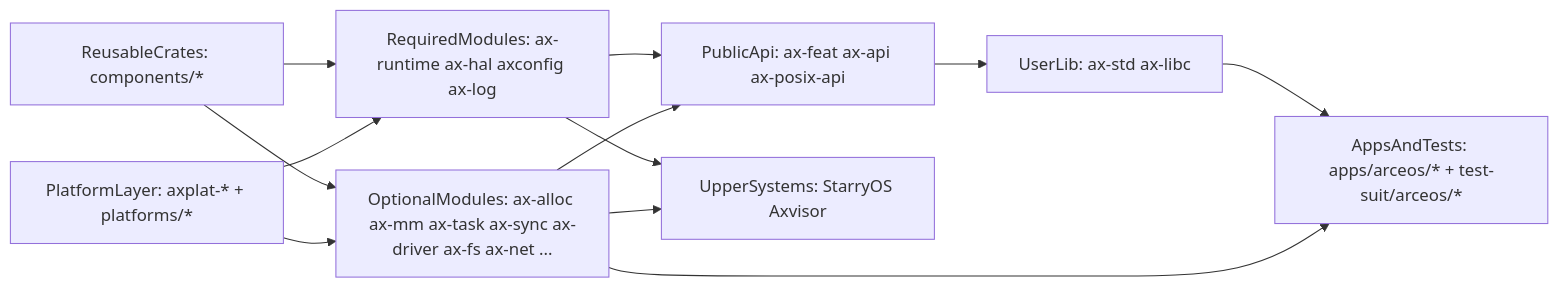
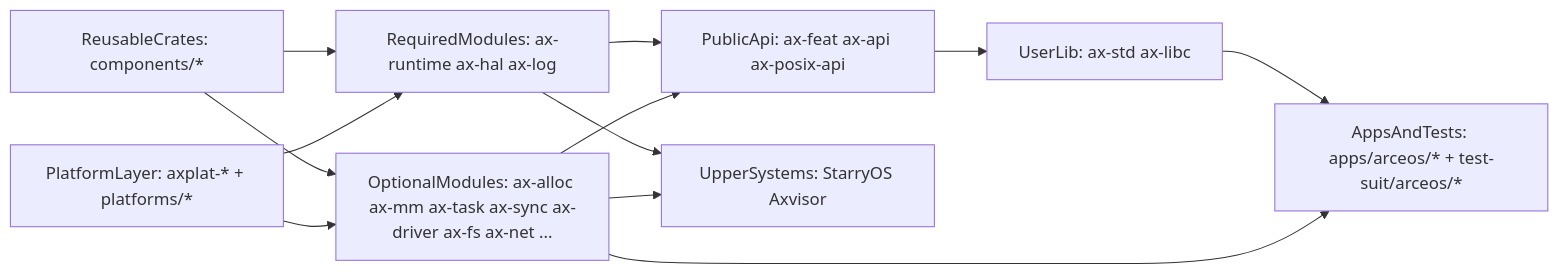
One commit to rcore-os/tgoskits changed the first of 5 diagrams in docs/docs/architecture/arceos.md. Above: the diagram before and after it, drawn with Mermaid. The commit also changed other lines of this file and 204 other files, not shown here.

````diff
--- a/docs/docs/architecture/arceos.md
+++ b/docs/docs/architecture/arceos.md
@@ -28,23 +28,23 @@
 ```mermaid
 flowchart LR
     reusableCrates["ReusableCrates: components/*"]
     platformLayer["PlatformLayer: axplat-* + platforms/*"]
-    requiredModules["RequiredModules: ax-runtime ax-hal axconfig ax-log"]
+    requiredModules["RequiredModules: ax-runtime ax-hal ax-log"]
     optionalModules["OptionalModules: ax-alloc ax-mm ax-task ax-sync ax-driver ax-fs ax-net ..."]
     publicApi["PublicApi: ax-feat ax-api ax-posix-api"]
     userLib["UserLib: ax-std ax-libc"]
     appsAndTests["AppsAndTests: apps/arceos/* + test-suit/arceos/*"]
     upperSystems["UpperSystems: StarryOS Axvisor"]
 
     reusableCrates --> requiredModules
     reusableCrates --> optionalModules
     platformLayer --> requiredModules
     platformLayer --> optionalModules
     requiredModules --> publicApi
     optionalModules --> publicApi
     publicApi --> userLib
     userLib --> appsAndTests
     optionalModules --> appsAndTests
     requiredModules --> upperSystems
     optionalModules --> upperSystems
 ```
````
